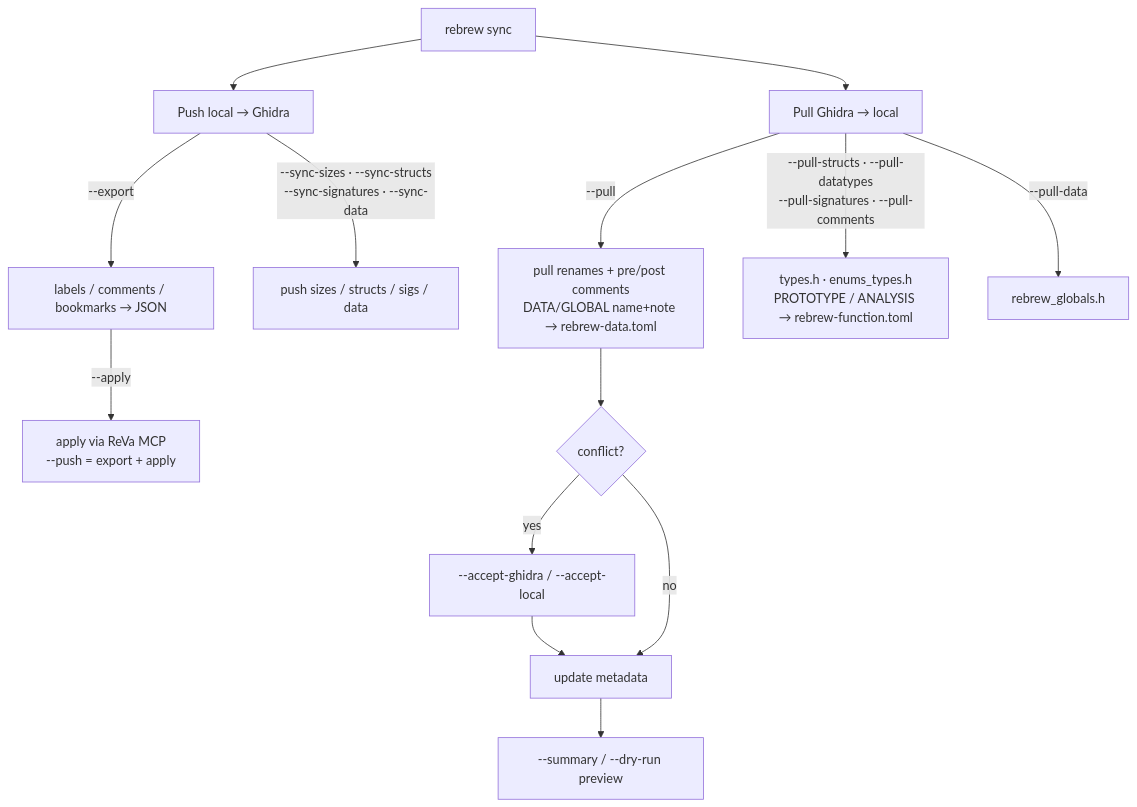
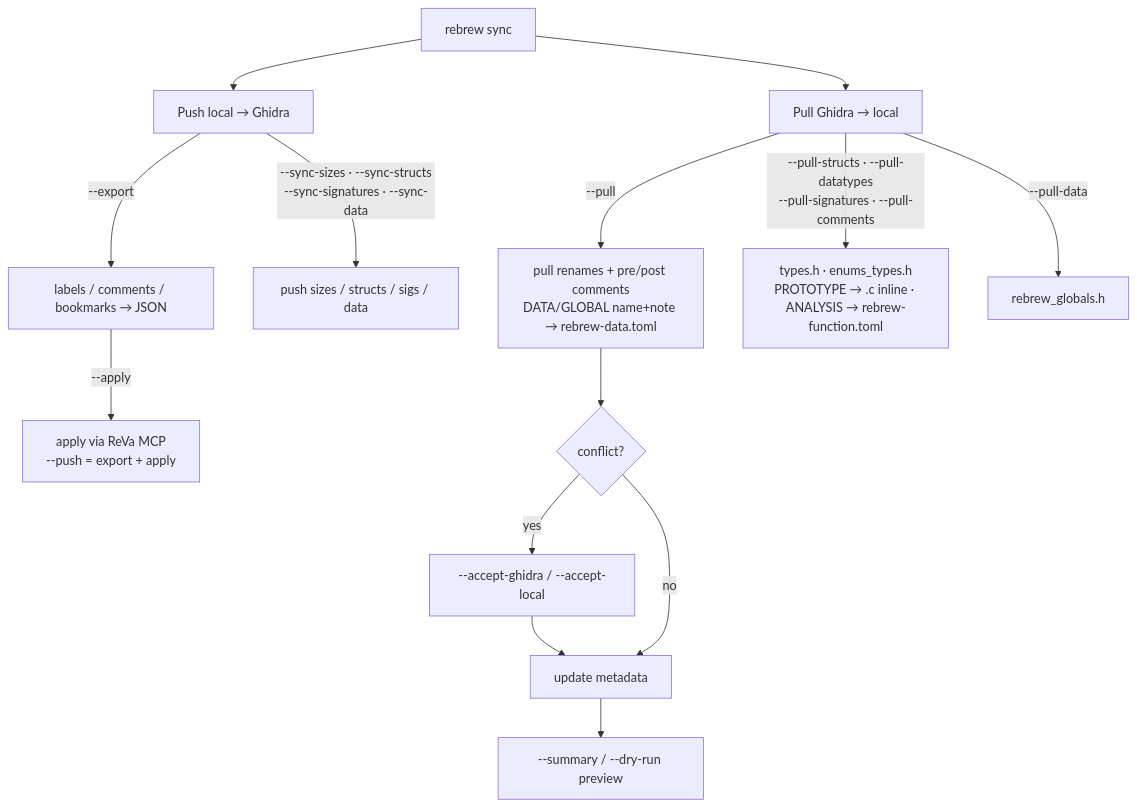
The diagram in docs/GHIDRA_SYNC.md (maci0/rebrew), drawn with Mermaid before and after one commit. The commit also changed 19 other files, not shown here.

````diff
--- a/docs/GHIDRA_SYNC.md
+++ b/docs/GHIDRA_SYNC.md
@@ -8,16 +8,16 @@
 ```mermaid
 graph TD
     Sync[rebrew sync] --> Push[Push local → Ghidra]
     Push -->|--export| Json[labels / comments / bookmarks → JSON]
     Json -->|--apply| MCP[apply via ReVa MCP<br/>--push = export + apply]
     Push -->|--sync-sizes · --sync-structs<br/>--sync-signatures · --sync-data| DTM[push sizes / structs / sigs / data]
     Sync --> Pull[Pull Ghidra → local]
     Pull -->|--pull| Renames[pull renames + pre/post comments<br/>DATA/GLOBAL name+note → rebrew-data.toml]
-    Pull -->|--pull-structs · --pull-datatypes<br/>--pull-signatures · --pull-comments| Headers[types.h · enums_types.h<br/>PROTOTYPE / ANALYSIS → rebrew-function.toml]
+    Pull -->|--pull-structs · --pull-datatypes<br/>--pull-signatures · --pull-comments| Headers[types.h · enums_types.h<br/>PROTOTYPE → .c inline · ANALYSIS → rebrew-function.toml]
     Pull -->|--pull-data| GlobalsH[rebrew_globals.h]
     Renames --> Conflict{conflict?}
     Conflict -->|yes| Decide[--accept-ghidra / --accept-local]
     Decide --> Update[update metadata]
     Conflict -->|no| Update
     Update --> Summary[--summary / --dry-run preview]
 ```
````
